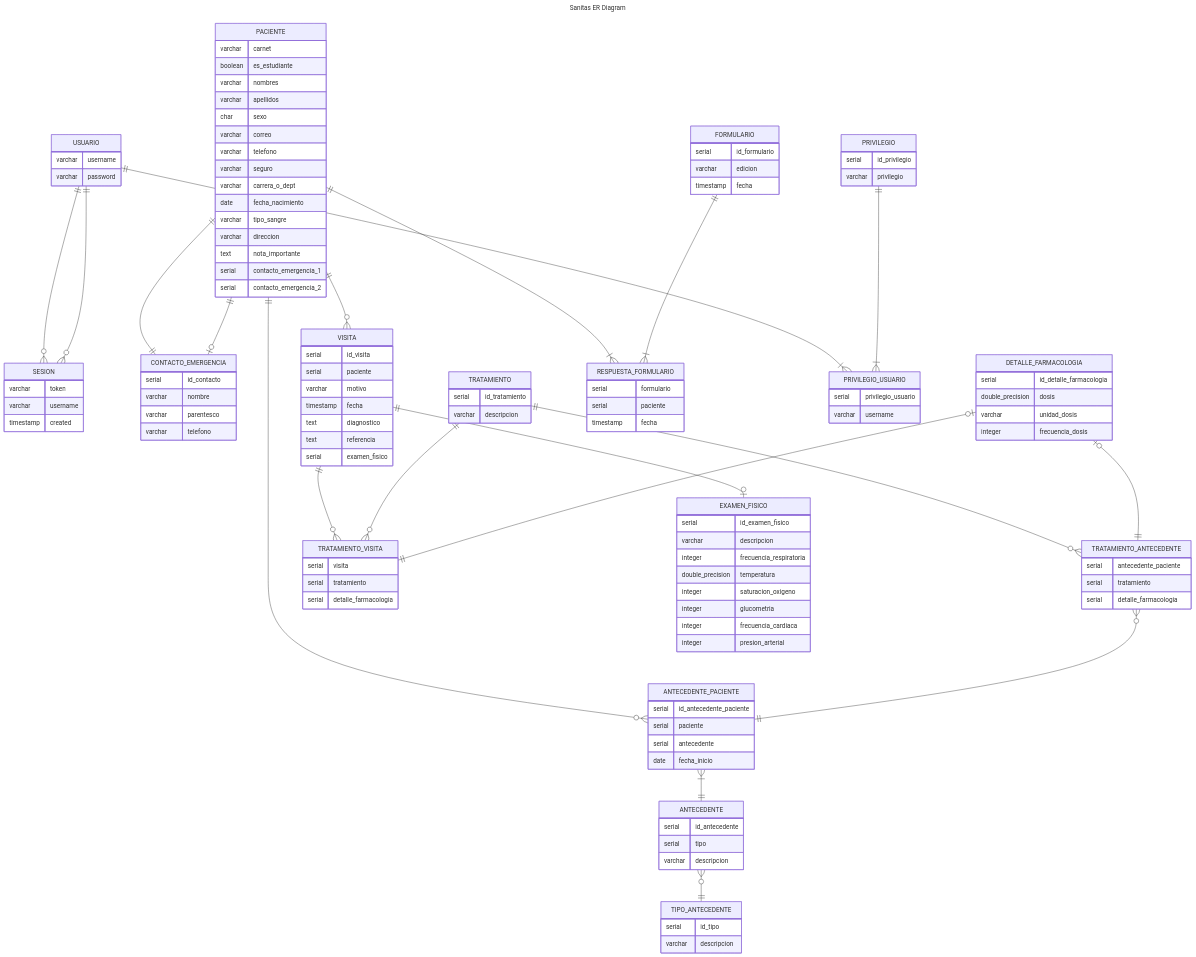
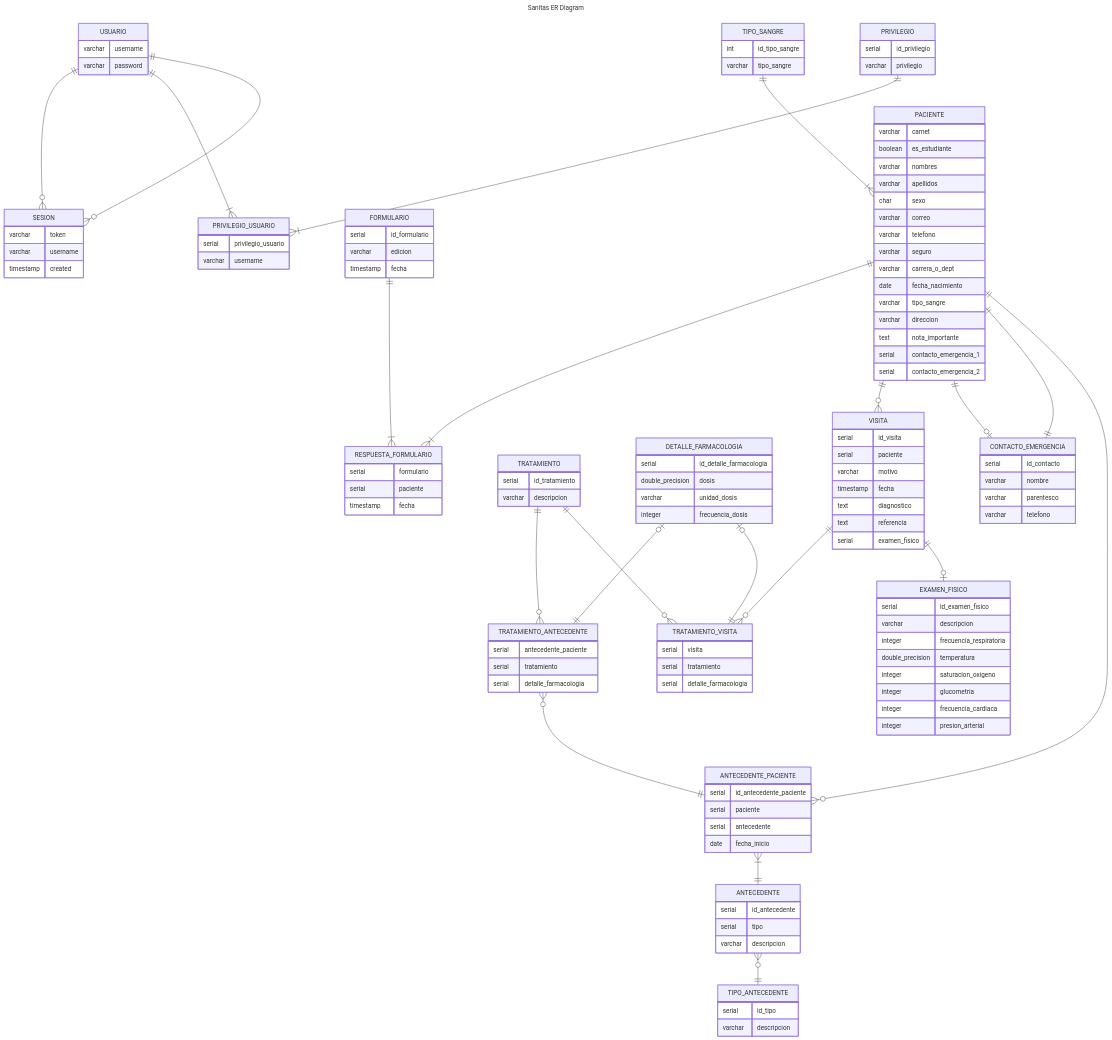
Before and after one commit to SanitasUVG/Sanitas: the diagram in wiki/mantenimiento/db/README.md, drawn with Mermaid.

Commit message:
fix: normalized paciente entity to 4NF

```diff
--- a/wiki/mantenimiento/db/README.md
+++ b/wiki/mantenimiento/db/README.md
@@ -40,6 +40,12 @@
         serial  contacto_emergencia_1
         serial  contacto_emergencia_2
     }
+
+    TIPO_SANGRE{
+        int id_tipo_sangre
+        varchar tipo_sangre
+    }
+
     ANTECEDENTE_PACIENTE {
         serial  id_antecedente_paciente
         serial  paciente
@@ -123,6 +129,7 @@
     PACIENTE ||--o{ ANTECEDENTE_PACIENTE: ""
     PACIENTE ||--|| CONTACTO_EMERGENCIA: ""
     PACIENTE ||--o| CONTACTO_EMERGENCIA: ""
+    TIPO_SANGRE ||--|{ PACIENTE: ""
 
     PACIENTE ||--o{ VISITA: ""
     VISITA ||--o| EXAMEN_FISICO: ""
```
